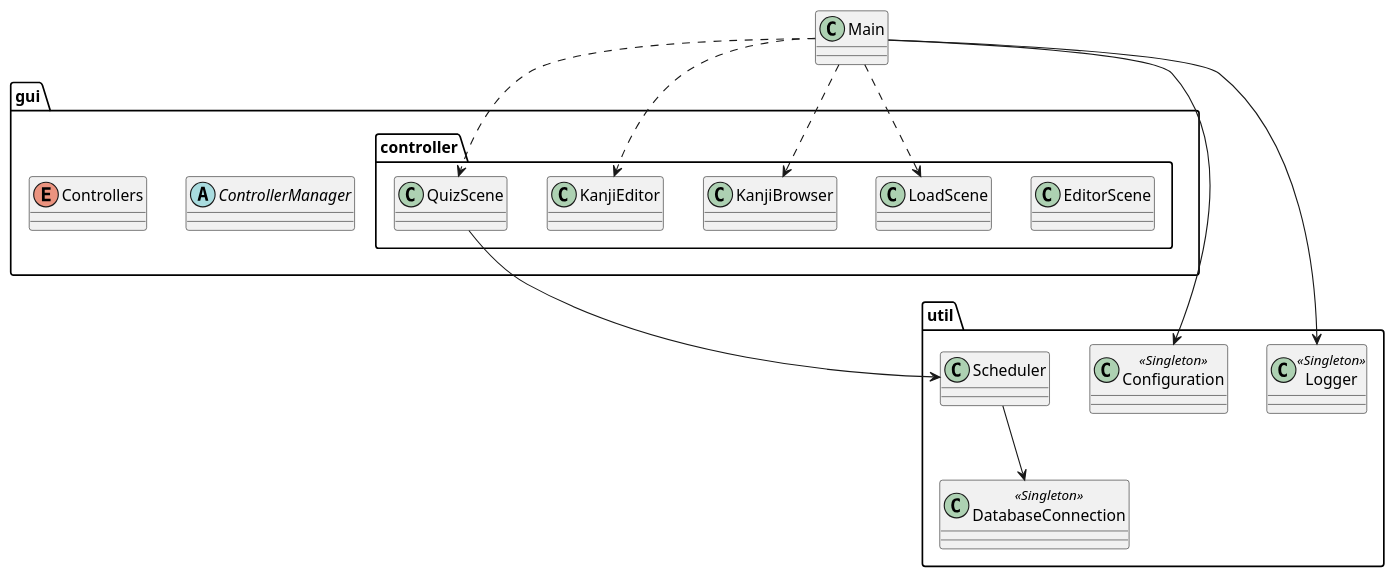
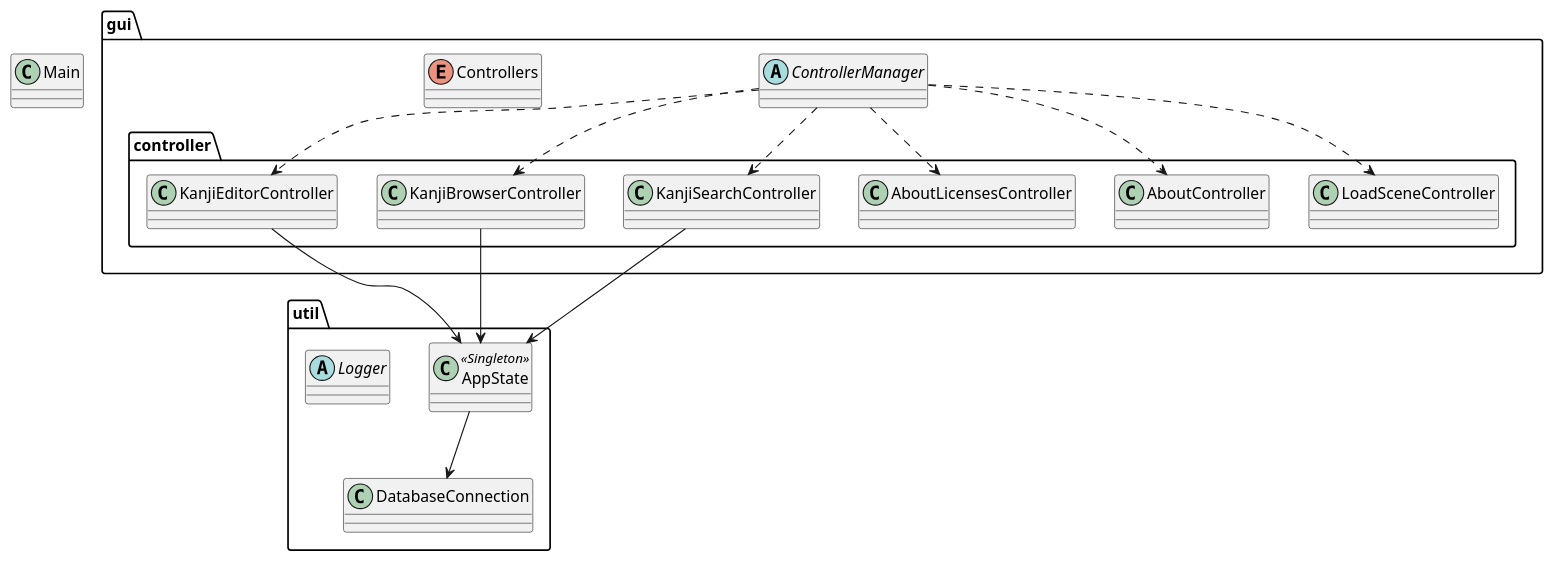
Before and after one commit to understanding-the-kanji/utk: the diagram in docs/plantuml/class_relationship_diagram.puml, drawn with PlantUML. The commit also changed 19 other files, not shown here.

```diff
--- a/docs/plantuml/class_relationship_diagram.puml
+++ b/docs/plantuml/class_relationship_diagram.puml
@@ -1,30 +1,33 @@
 @startuml
 
 class Main
 
 abstract gui.ControllerManager
 enum gui.Controllers
 
-class gui.controller.EditorScene
-class gui.controller.LoadScene
-class gui.controller.KanjiBrowser
-class gui.controller.KanjiEditor
+class gui.controller.LoadSceneController
+class gui.controller.AboutController
+class gui.controller.AboutLicensesController
+class gui.controller.KanjiSearchController
+class gui.controller.KanjiBrowserController
+class gui.controller.KanjiEditorController
 
-class util.Scheduler
+class util.AppState <<Singleton>>
 
-class util.Configuration <<Singleton>>
-class util.Logger <<Singleton>>
-class util.DatabaseConnection <<Singleton>>
+abstract util.Logger
+class util.DatabaseConnection
 
-Main --> util.Configuration
-Main --> util.Logger
+gui.ControllerManager ..> gui.controller.LoadSceneController
+gui.ControllerManager ..> gui.controller.AboutController
+gui.ControllerManager ..> gui.controller.AboutLicensesController
+gui.ControllerManager ..> gui.controller.KanjiSearchController
+gui.ControllerManager ..> gui.controller.KanjiBrowserController
+gui.ControllerManager ..> gui.controller.KanjiEditorController
 
-Main ..> gui.controller.LoadScene
-Main ..> gui.controller.QuizScene
-Main ..> gui.controller.KanjiBrowser
-Main ..> gui.controller.KanjiEditor
+util.AppState --> util.DatabaseConnection
 
-gui.controller.QuizScene --> util.Scheduler
-util.Scheduler --> util.DatabaseConnection
+gui.controller.KanjiSearchController --> util.AppState
+gui.controller.KanjiBrowserController --> util.AppState
+gui.controller.KanjiEditorController --> util.AppState
 
 @enduml
```
